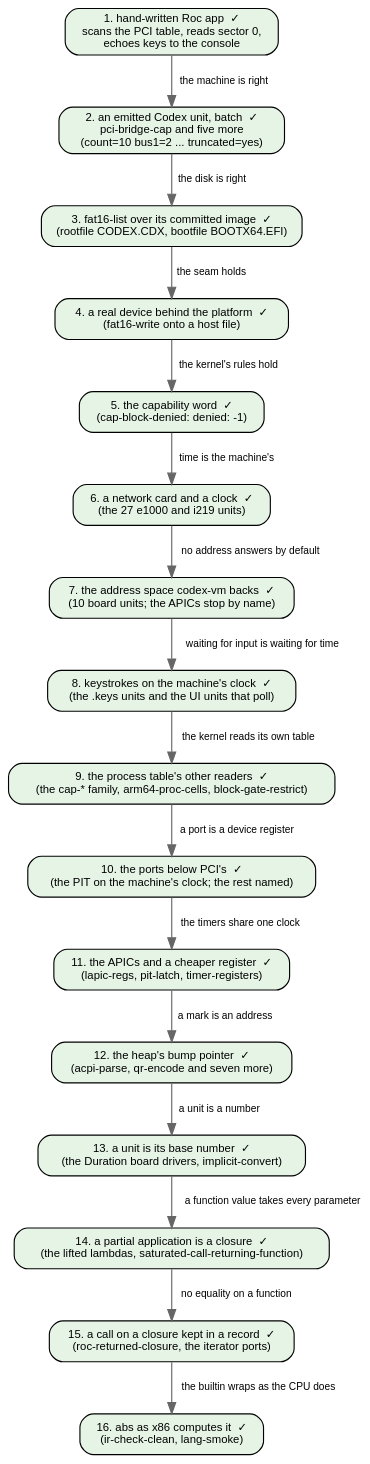
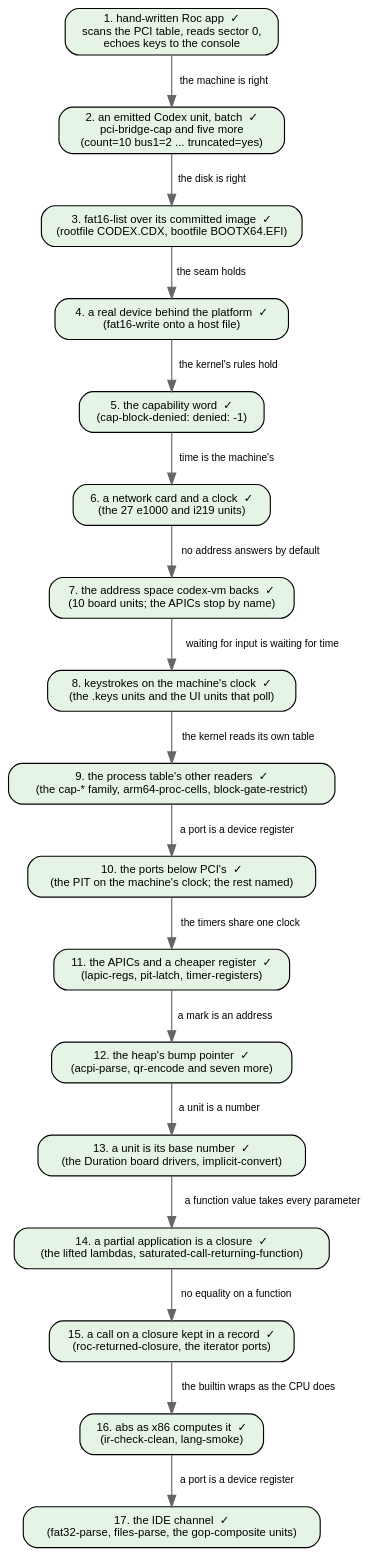
Diagram 11 of 11 in notes/roc-machine-emulator.md (showell/essay-repl-server), drawn with Graphviz before and after one commit. The commit also changed other lines of this file, not shown here.

First line of the commit message:
roc-machine-emulator: step 17, the IDE channel

````diff
--- a/notes/roc-machine-emulator.md
+++ b/notes/roc-machine-emulator.md
@@ -961,39 +1000,41 @@
 ```dot
 digraph demo {
   rankdir=TB; bgcolor="transparent";
   node [shape=box style="rounded,filled" fontname="Helvetica" fontsize=10 fillcolor="#ffffff"];
   edge [fontname="Helvetica" fontsize=9 color="#666666"];
 
   a [label="1. hand-written Roc app  ✓\nscans the PCI table, reads sector 0,\nechoes keys to the console" fillcolor="#e6f4e6"];
   b [label="2. an emitted Codex unit, batch  ✓\npci-bridge-cap and five more\n(count=10 bus1=2 ... truncated=yes)" fillcolor="#e6f4e6"];
   c [label="3. fat16-list over its committed image  ✓\n(rootfile CODEX.CDX, bootfile BOOTX64.EFI)" fillcolor="#e6f4e6"];
   d [label="4. a real device behind the platform  ✓\n(fat16-write onto a host file)" fillcolor="#e6f4e6"];
   e [label="5. the capability word  ✓\n(cap-block-denied: denied: -1)" fillcolor="#e6f4e6"];
   f [label="6. a network card and a clock  ✓\n(the 27 e1000 and i219 units)" fillcolor="#e6f4e6"];
   g [label="7. the address space codex-vm backs  ✓\n(10 board units; the APICs stop by name)" fillcolor="#e6f4e6"];
   h [label="8. keystrokes on the machine's clock  ✓\n(the .keys units and the UI units that poll)" fillcolor="#e6f4e6"];
   i [label="9. the process table's other readers  ✓\n(the cap-* family, arm64-proc-cells, block-gate-restrict)" fillcolor="#e6f4e6"];
   j [label="10. the ports below PCI's  ✓\n(the PIT on the machine's clock; the rest named)" fillcolor="#e6f4e6"];
   k [label="11. the APICs and a cheaper register  ✓\n(lapic-regs, pit-latch, timer-registers)" fillcolor="#e6f4e6"];
   l [label="12. the heap's bump pointer  ✓\n(acpi-parse, qr-encode and seven more)" fillcolor="#e6f4e6"];
   m [label="13. a unit is its base number  ✓\n(the Duration board drivers, implicit-convert)" fillcolor="#e6f4e6"];
   n [label="14. a partial application is a closure  ✓\n(the lifted lambdas, saturated-call-returning-function)" fillcolor="#e6f4e6"];
   o [label="15. a call on a closure kept in a record  ✓\n(roc-returned-closure, the iterator ports)" fillcolor="#e6f4e6"];
   p [label="16. abs as x86 computes it  ✓\n(ir-check-clean, lang-smoke)" fillcolor="#e6f4e6"];
+  q [label="17. the IDE channel  ✓\n(fat32-parse, files-parse, the gop-composite units)" fillcolor="#e6f4e6"];
   a -> b [label="the machine is right"];
   b -> c [label="the disk is right"];
   c -> d [label="the seam holds"];
   d -> e [label="the kernel's rules hold"];
   e -> f [label="time is the machine's"];
   f -> g [label="no address answers by default"];
   g -> h [label="waiting for input is waiting for time"];
   h -> i [label="the kernel reads its own table"];
   i -> j [label="a port is a device register"];
   j -> k [label="the timers share one clock"];
   k -> l [label="a mark is an address"];
   l -> m [label="a unit is a number"];
   m -> n [label="a function value takes every parameter"];
   n -> o [label="no equality on a function"];
   o -> p [label="the builtin wraps as the CPU does"];
+  p -> q [label="a port is a device register"];
 }
 ```
````
